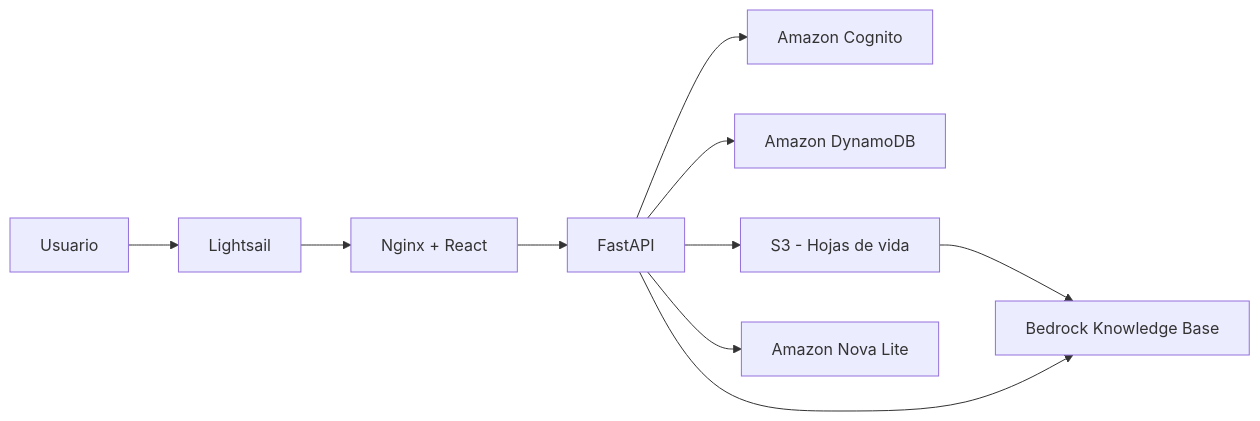
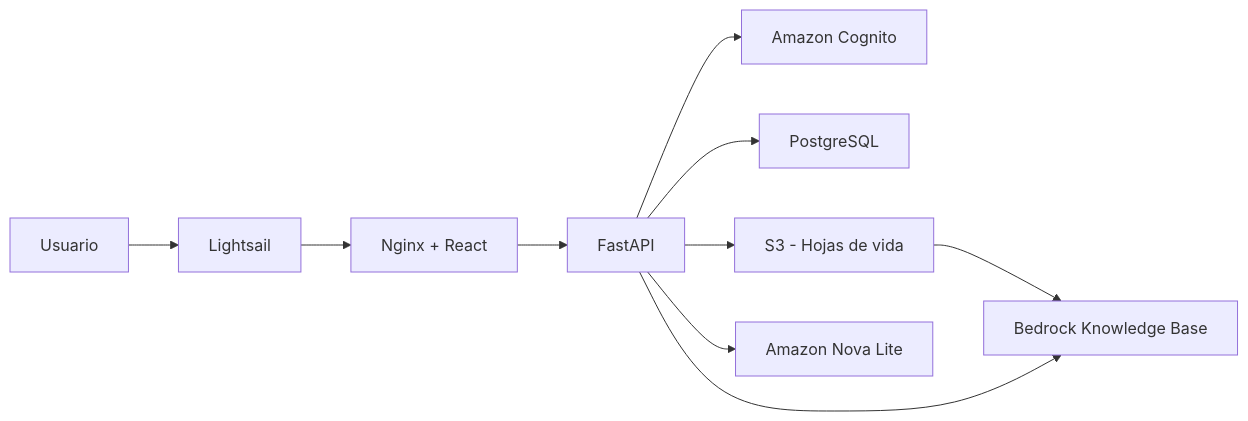
Before and after one commit to donardi-1997/ai-recruiter: the diagram in README.md, drawn with Mermaid. The commit also changed other lines of this file and 60 other files, not shown here.

````diff
--- a/README.md
+++ b/README.md
@@ -52,12 +52,12 @@
 ```mermaid
 flowchart LR
     U[Usuario] --> LS[Lightsail]
     LS --> NGINX[Nginx + React]
     NGINX --> API[FastAPI]
     API --> COG[Amazon Cognito]
-    API --> DDB[Amazon DynamoDB]
+    API --> PG[PostgreSQL]
     API --> S3CV[S3 - Hojas de vida]
     S3CV --> KB[Bedrock Knowledge Base]
     API --> KB
     API --> LLM[Amazon Nova Lite]
 ```
````
